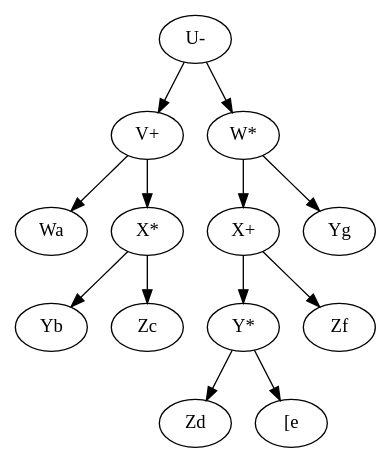
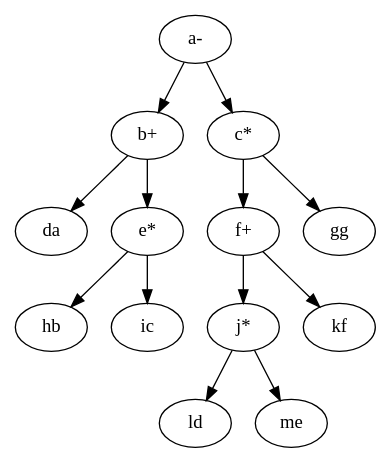
The diagram in CS010C/Lab6/expr3.dot (skyguy-netizen/UCR), drawn with Graphviz before and after one commit. The commit also changed 3 other files, not shown here.

```diff
--- a/CS010C/Lab6/expr3.dot
+++ b/CS010C/Lab6/expr3.dot
@@ -1,14 +1,14 @@
 digraph G {
-"U-"->"V+";
-"U-"->"W*";
-"V+"->"Wa";
-"V+"->"X*";
-"X*"->"Yb";
-"X*"->"Zc";
-"W*"->"X+";
-"W*"->"Yg";
-"X+"->"Y*";
-"X+"->"Zf";
-"Y*"->"Zd";
-"Y*"->"[e";
+"a-"->"b+";
+"a-"->"c*";
+"b+"->"da";
+"b+"->"e*";
+"e*"->"hb";
+"e*"->"ic";
+"c*"->"f+";
+"c*"->"gg";
+"f+"->"j*";
+"f+"->"kf";
+"j*"->"ld";
+"j*"->"me";
 }
```
